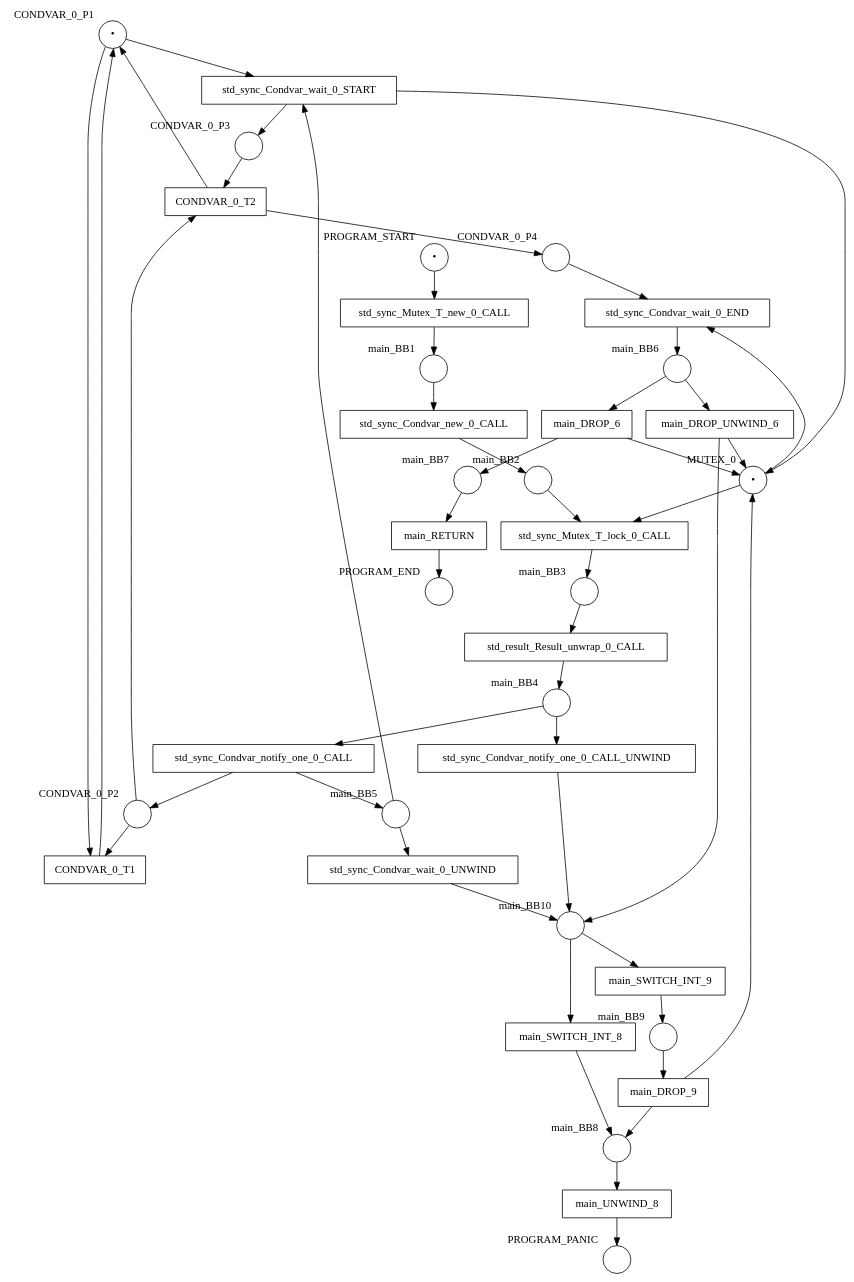
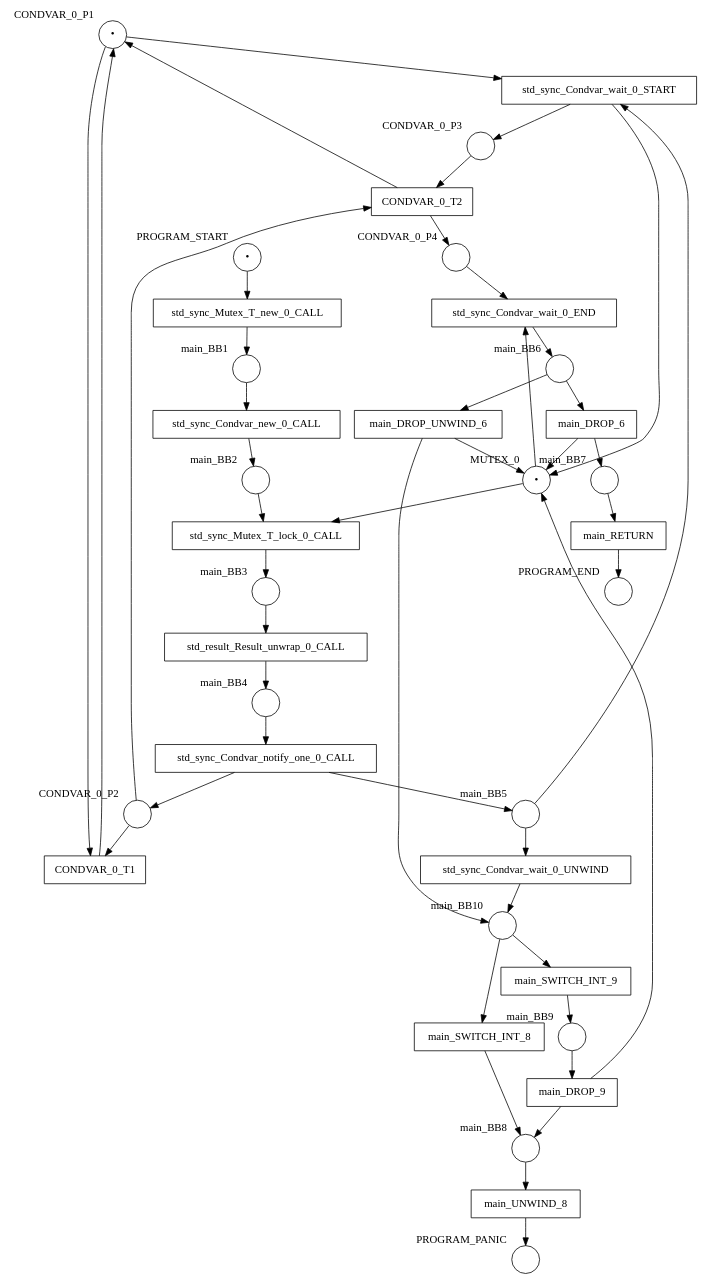
One commit to hlisdero/cargo-check-deadlock changed the diagram in examples/results/condvar/self_notify_lost_signal/net.dot. Above: the diagram before and after it, drawn with Graphviz. The commit also changed 6 other files, not shown here.

First line of the commit message:
Assume that `notify_one` never unwinds

```diff
--- a/examples/results/condvar/self_notify_lost_signal/net.dot
+++ b/examples/results/condvar/self_notify_lost_signal/net.dot
@@ -1,85 +1,82 @@
 digraph petrinet {
     CONDVAR_0_P1 [shape="circle" xlabel="CONDVAR_0_P1" label="•"];
     CONDVAR_0_P2 [shape="circle" xlabel="CONDVAR_0_P2" label=""];
     CONDVAR_0_P3 [shape="circle" xlabel="CONDVAR_0_P3" label=""];
     CONDVAR_0_P4 [shape="circle" xlabel="CONDVAR_0_P4" label=""];
     MUTEX_0 [shape="circle" xlabel="MUTEX_0" label="•"];
     PROGRAM_END [shape="circle" xlabel="PROGRAM_END" label=""];
     PROGRAM_PANIC [shape="circle" xlabel="PROGRAM_PANIC" label=""];
     PROGRAM_START [shape="circle" xlabel="PROGRAM_START" label="•"];
     main_BB1 [shape="circle" xlabel="main_BB1" label=""];
     main_BB10 [shape="circle" xlabel="main_BB10" label=""];
     main_BB2 [shape="circle" xlabel="main_BB2" label=""];
     main_BB3 [shape="circle" xlabel="main_BB3" label=""];
     main_BB4 [shape="circle" xlabel="main_BB4" label=""];
     main_BB5 [shape="circle" xlabel="main_BB5" label=""];
     main_BB6 [shape="circle" xlabel="main_BB6" label=""];
     main_BB7 [shape="circle" xlabel="main_BB7" label=""];
     main_BB8 [shape="circle" xlabel="main_BB8" label=""];
     main_BB9 [shape="circle" xlabel="main_BB9" label=""];
     CONDVAR_0_T1 [shape="box" xlabel="" label="CONDVAR_0_T1"];
     CONDVAR_0_T2 [shape="box" xlabel="" label="CONDVAR_0_T2"];
     main_DROP_6 [shape="box" xlabel="" label="main_DROP_6"];
     main_DROP_9 [shape="box" xlabel="" label="main_DROP_9"];
     main_DROP_UNWIND_6 [shape="box" xlabel="" label="main_DROP_UNWIND_6"];
     main_RETURN [shape="box" xlabel="" label="main_RETURN"];
     main_SWITCH_INT_8 [shape="box" xlabel="" label="main_SWITCH_INT_8"];
     main_SWITCH_INT_9 [shape="box" xlabel="" label="main_SWITCH_INT_9"];
     main_UNWIND_8 [shape="box" xlabel="" label="main_UNWIND_8"];
     std_result_Result_unwrap_0_CALL [shape="box" xlabel="" label="std_result_Result_unwrap_0_CALL"];
     std_sync_Condvar_new_0_CALL [shape="box" xlabel="" label="std_sync_Condvar_new_0_CALL"];
     std_sync_Condvar_notify_one_0_CALL [shape="box" xlabel="" label="std_sync_Condvar_notify_one_0_CALL"];
-    std_sync_Condvar_notify_one_0_CALL_UNWIND [shape="box" xlabel="" label="std_sync_Condvar_notify_one_0_CALL_UNWIND"];
     std_sync_Condvar_wait_0_END [shape="box" xlabel="" label="std_sync_Condvar_wait_0_END"];
     std_sync_Condvar_wait_0_START [shape="box" xlabel="" label="std_sync_Condvar_wait_0_START"];
     std_sync_Condvar_wait_0_UNWIND [shape="box" xlabel="" label="std_sync_Condvar_wait_0_UNWIND"];
     std_sync_Mutex_T_lock_0_CALL [shape="box" xlabel="" label="std_sync_Mutex_T_lock_0_CALL"];
     std_sync_Mutex_T_new_0_CALL [shape="box" xlabel="" label="std_sync_Mutex_T_new_0_CALL"];
     CONDVAR_0_P1 -> CONDVAR_0_T1;
     CONDVAR_0_P1 -> std_sync_Condvar_wait_0_START;
     CONDVAR_0_P2 -> CONDVAR_0_T1;
     CONDVAR_0_P2 -> CONDVAR_0_T2;
     CONDVAR_0_P3 -> CONDVAR_0_T2;
     CONDVAR_0_P4 -> std_sync_Condvar_wait_0_END;
     MUTEX_0 -> std_sync_Condvar_wait_0_END;
     MUTEX_0 -> std_sync_Mutex_T_lock_0_CALL;
     PROGRAM_START -> std_sync_Mutex_T_new_0_CALL;
     main_BB1 -> std_sync_Condvar_new_0_CALL;
     main_BB10 -> main_SWITCH_INT_8;
     main_BB10 -> main_SWITCH_INT_9;
     main_BB2 -> std_sync_Mutex_T_lock_0_CALL;
     main_BB3 -> std_result_Result_unwrap_0_CALL;
     main_BB4 -> std_sync_Condvar_notify_one_0_CALL;
-    main_BB4 -> std_sync_Condvar_notify_one_0_CALL_UNWIND;
     main_BB5 -> std_sync_Condvar_wait_0_START;
     main_BB5 -> std_sync_Condvar_wait_0_UNWIND;
     main_BB6 -> main_DROP_6;
     main_BB6 -> main_DROP_UNWIND_6;
     main_BB7 -> main_RETURN;
     main_BB8 -> main_UNWIND_8;
     main_BB9 -> main_DROP_9;
     CONDVAR_0_T1 -> CONDVAR_0_P1;
     CONDVAR_0_T2 -> CONDVAR_0_P1;
     CONDVAR_0_T2 -> CONDVAR_0_P4;
     main_DROP_6 -> MUTEX_0;
     main_DROP_6 -> main_BB7;
     main_DROP_9 -> MUTEX_0;
     main_DROP_9 -> main_BB8;
     main_DROP_UNWIND_6 -> MUTEX_0;
     main_DROP_UNWIND_6 -> main_BB10;
     main_RETURN -> PROGRAM_END;
     main_SWITCH_INT_8 -> main_BB8;
     main_SWITCH_INT_9 -> main_BB9;
     main_UNWIND_8 -> PROGRAM_PANIC;
     std_result_Result_unwrap_0_CALL -> main_BB4;
     std_sync_Condvar_new_0_CALL -> main_BB2;
     std_sync_Condvar_notify_one_0_CALL -> CONDVAR_0_P2;
     std_sync_Condvar_notify_one_0_CALL -> main_BB5;
-    std_sync_Condvar_notify_one_0_CALL_UNWIND -> main_BB10;
     std_sync_Condvar_wait_0_END -> main_BB6;
     std_sync_Condvar_wait_0_START -> CONDVAR_0_P3;
     std_sync_Condvar_wait_0_START -> MUTEX_0;
     std_sync_Condvar_wait_0_UNWIND -> main_BB10;
     std_sync_Mutex_T_lock_0_CALL -> main_BB3;
     std_sync_Mutex_T_new_0_CALL -> main_BB1;
 }
```
